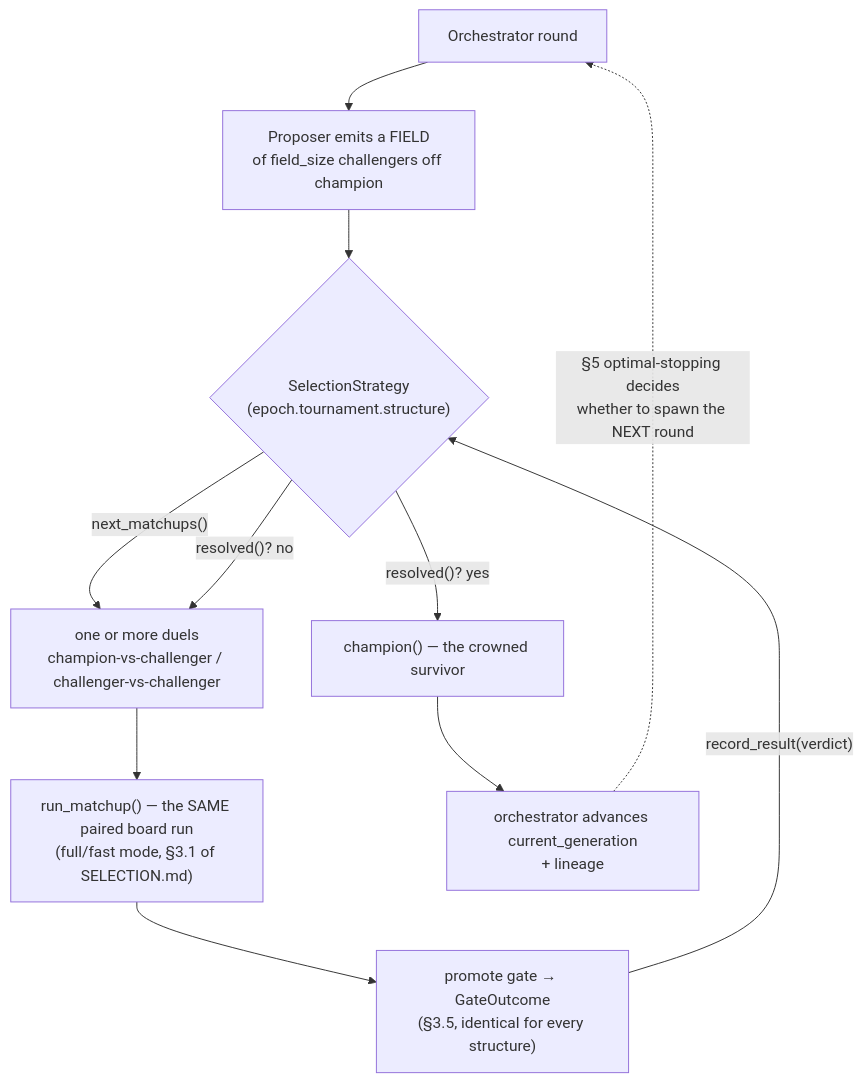
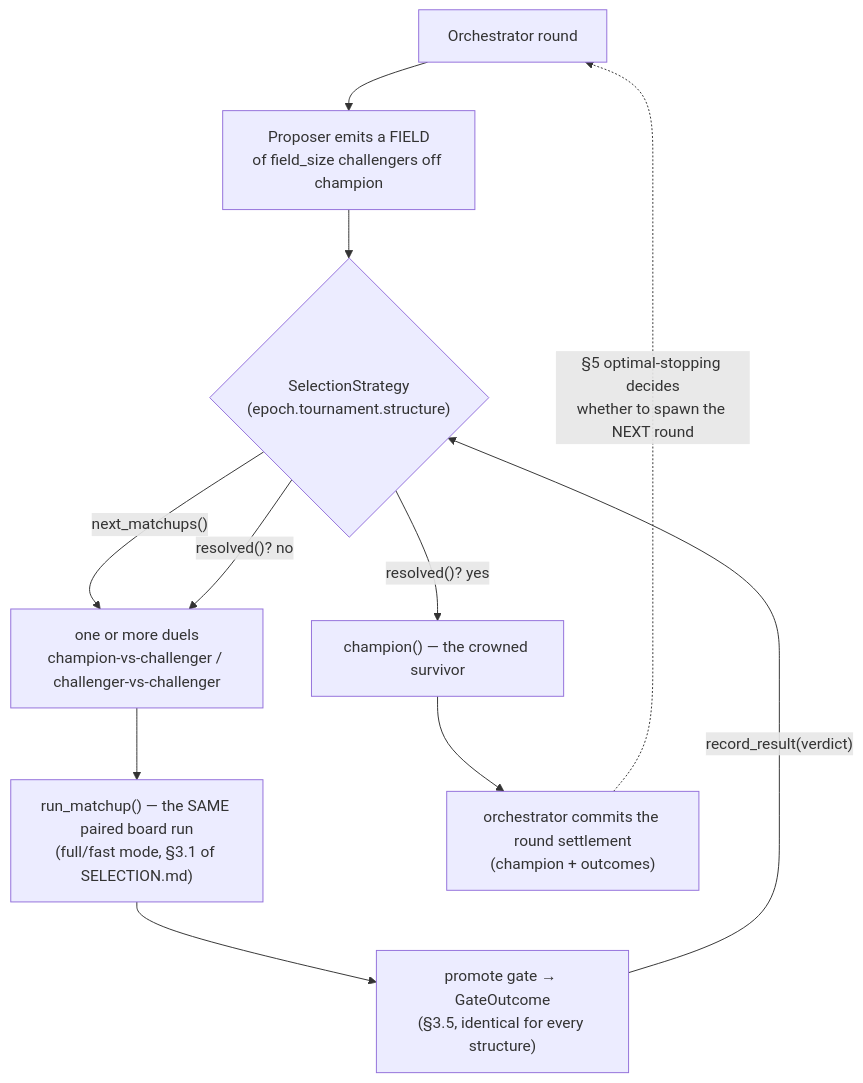
One commit to pedapudi/zicato changed the diagram in docs/design/TOURNAMENT.md. Above: the diagram before and after it, drawn with Mermaid. The commit also changed other lines of this file and 128 other files, not shown here.

````diff
--- a/docs/design/TOURNAMENT.md
+++ b/docs/design/TOURNAMENT.md
@@ -179,13 +194,13 @@
 ```mermaid
 flowchart TB
     O["Orchestrator round"] --> FS["Proposer emits a FIELD<br/>of field_size challengers off champion"]
     FS --> ST{"SelectionStrategy<br/>(epoch.tournament.structure)"}
     ST -->|"next_matchups()"| M["one or more duels<br/>champion-vs-challenger / challenger-vs-challenger"]
     M --> RUN["run_matchup() — the SAME paired board run<br/>(full/fast mode, §3.1 of SELECTION.md)"]
     RUN --> GATE["promote gate → GateOutcome<br/>(§3.5, identical for every structure)"]
     GATE -->|"record_result(verdict)"| ST
     ST -->|"resolved()? no"| M
     ST -->|"resolved()? yes"| CR["champion() — the crowned survivor"]
-    CR --> ADV["orchestrator advances current_generation<br/>+ lineage"]
+    CR --> ADV["orchestrator commits the round settlement<br/>(champion + outcomes)"]
     ADV -.->|"§5 optimal-stopping decides<br/>whether to spawn the NEXT round"| O
 ```
````
